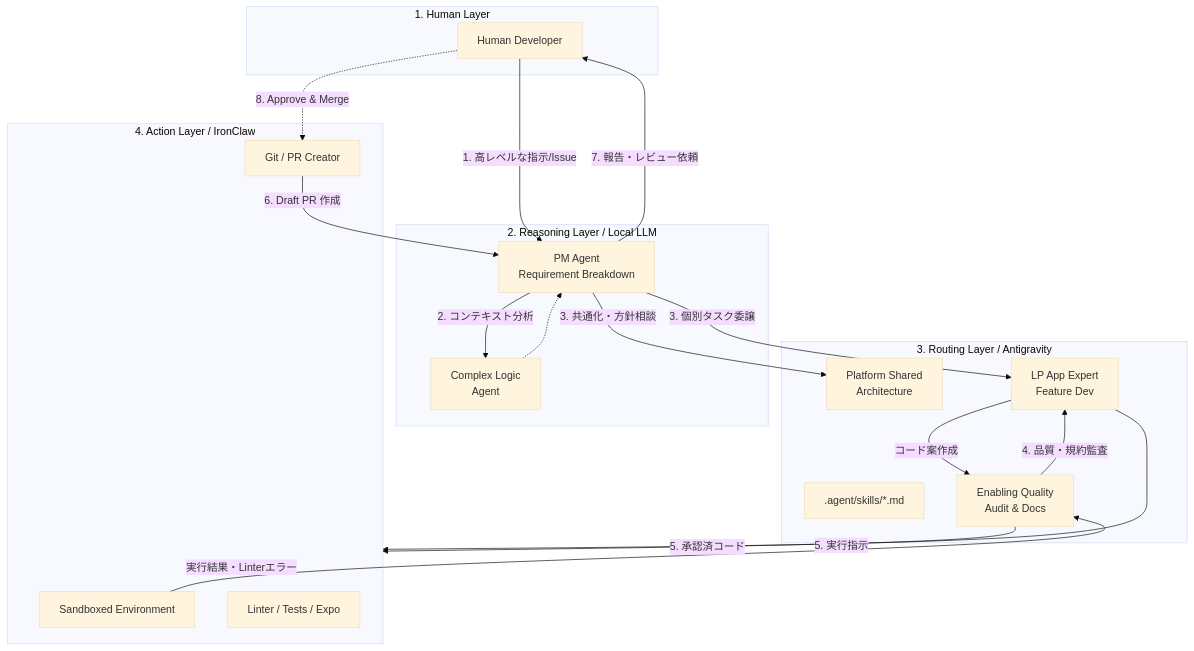
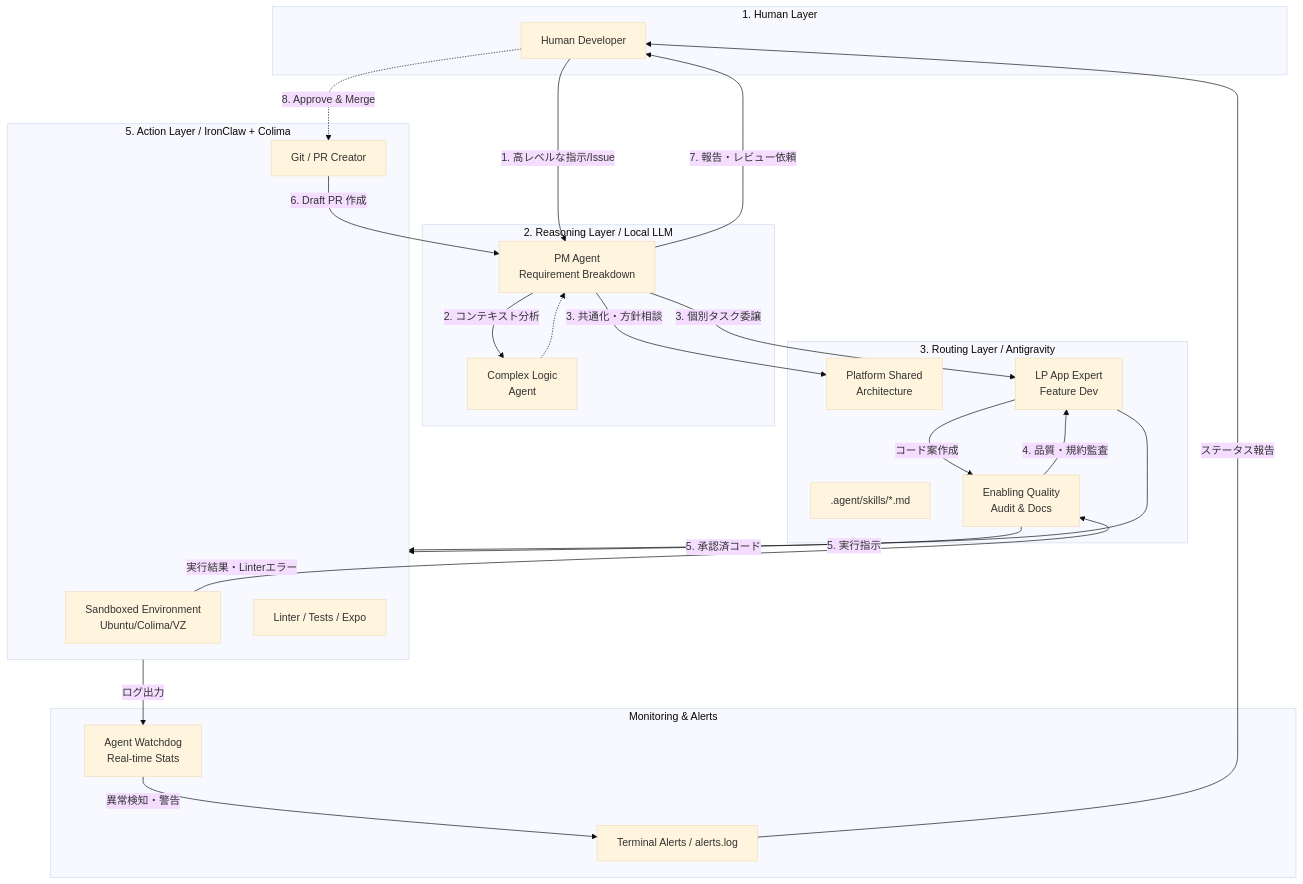
One commit to yama-0t0k0/forAgent changed the diagram in docs/architecture/autonomous_system.md. Above: the diagram before and after it, drawn with Mermaid (base theme). The commit also changed other lines of this file and 4 other files, not shown here.

````diff
--- a/docs/architecture/autonomous_system.md
+++ b/docs/architecture/autonomous_system.md
@@ -41,45 +47,54 @@
 ```mermaid
 graph TD
     %% レイヤー定義
     subgraph Human[1. Human Layer]
         User[Human Developer]
     end
 
     subgraph Reasoning[2. Reasoning Layer / Local LLM]
         PM[PM Agent<br/>Requirement Breakdown]
         Complex[Complex Logic<br/>Agent]
     end
 
     subgraph Routing[3. Routing Layer / Antigravity]
         SkillDir[.agent/skills/*.md]
         Enabling[Enabling Quality<br/>Audit & Docs]
         Shared[Platform Shared<br/>Architecture]
         AppExp[LP App Expert<br/>Feature Dev]
     end
 
-    subgraph Action[4. Action Layer / IronClaw]
-        Sandbox[Sandboxed Environment]
+    subgraph Action[5. Action Layer / IronClaw + Colima]
+        Sandbox[Sandboxed Environment<br/>Ubuntu/Colima/VZ]
         Git[Git / PR Creator]
         Tools[Linter / Tests / Expo]
+    end
+
+    subgraph Monitor[Monitoring & Alerts]
+        Watchdog[Agent Watchdog<br/>Real-time Stats]
+        Alerts[Terminal Alerts / alerts.log]
     end
 
     %% データフロー
     User -- "1. 高レベルな指示/Issue" --> PM
     PM -- "2. コンテキスト分析" --> Complex
     Complex -.-> PM
     
     PM -- "3. 個別タスク委譲" --> AppExp
     PM -- "3. 共通化・方針相談" --> Shared
     
     AppExp -- "コード案作成" --> Enabling
     Enabling -- "4. 品質・規約監査" --> AppExp
     
     Enabling -- "5. 承認済コード" --> Action
     AppExp -- "5. 実行指示" --> Action
     
+    Action -- "ログ出力" --> Watchdog
+    Watchdog -- "異常検知・警告" --> Alerts
+    Alerts -- "ステータス報告" --> User
+    
     Sandbox -- "実行結果・Linterエラー" --> Enabling
     Git -- "6. Draft PR 作成" --> PM
     
     PM -- "7. 報告・レビュー依頼" --> User
     User -. "8. Approve & Merge" .-> Git
 ```
````
